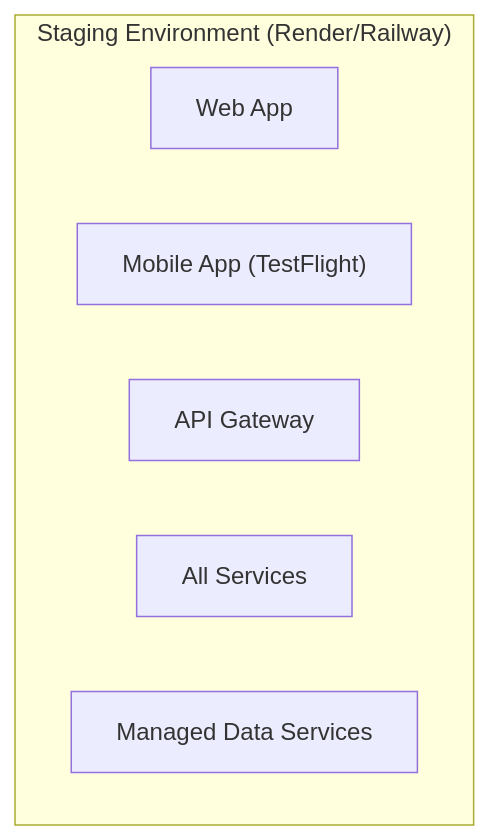
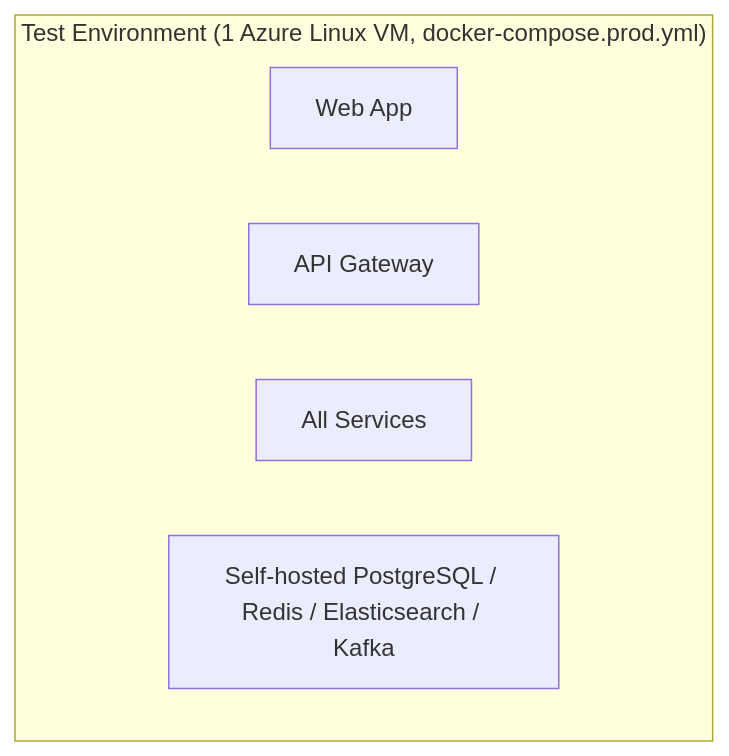
One commit to dut-pbl6-2026/job-platform-docs changed the sixth of 11 diagrams in docs/srs/en/8-system-architecture.md. Above: the diagram before and after it, drawn with Mermaid. The commit also changed other lines of this file and 20 other files, not shown here.

````diff
--- a/docs/srs/en/8-system-architecture.md
+++ b/docs/srs/en/8-system-architecture.md
@@ -370,10 +370,9 @@
 ```mermaid
 flowchart TB
-    subgraph Staging["Staging Environment (Render/Railway)"]
+    subgraph Staging["Test Environment (1 Azure Linux VM, docker-compose.prod.yml)"]
         Web["Web App"]
-        Mobile["Mobile App (TestFlight)"]
         Gateway["API Gateway"]
         Services["All Services"]
-        Data["Managed Data Services"]
+        Data["Self-hosted PostgreSQL / Redis / Elasticsearch / Kafka"]
     end
 ```
````
